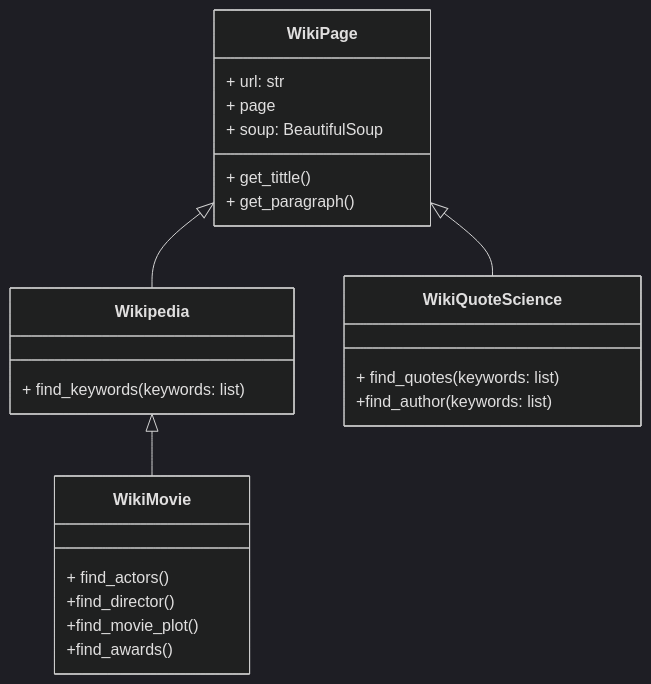
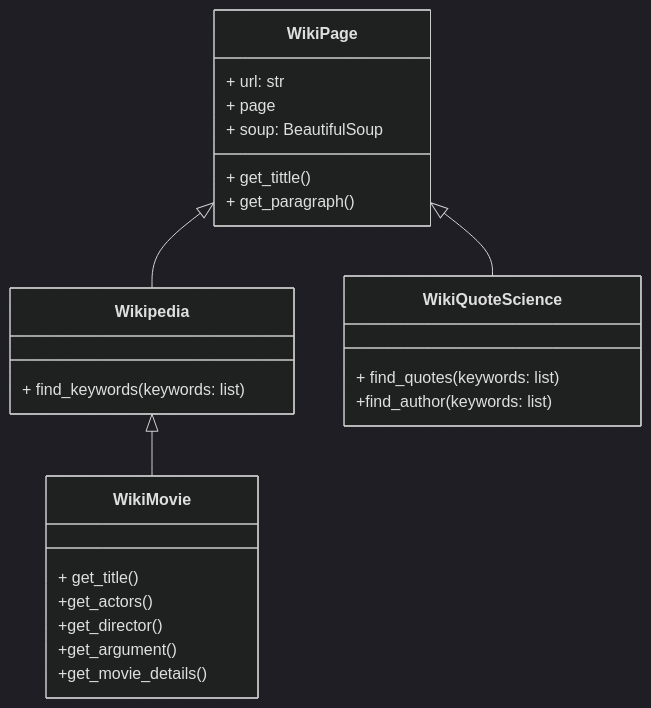
One commit to Dilanpc/MarketMiner changed the second of 3 diagrams in README.md. Above: the diagram before and after it, drawn with Mermaid (dark theme). The commit also changed other lines of this file, not shown here.

Commit message:
README.md

````diff
--- a/README.md
+++ b/README.md
@@ -150,39 +151,40 @@
 ```mermaid
 
 classDiagram
    WikiPage <|-- Wikipedia
    WikiPage <|-- WikiQuoteScience
    Wikipedia<|-- WikiMovie
     
    
 
    class WikiPage{
         + url: str
         + page
         + soup: BeautifulSoup
 + get_tittle()
 + get_paragraph()
     }
 
     class Wikipedia{
         + find_keywords(keywords: list)
     }
 
     class WikiQuoteScience{
         + find_quotes(keywords: list)
 +find_author(keywords: list)
 
     }
 
    class WikiMovie{
 
 
-        + find_actors()
-+find_director()
-+find_movie_plot()
-+find_awards()
+        + get_title()
++get_actors()
++get_director()
++get_argument()
++get_movie_details()
 
     }
     
 
 ```
````
